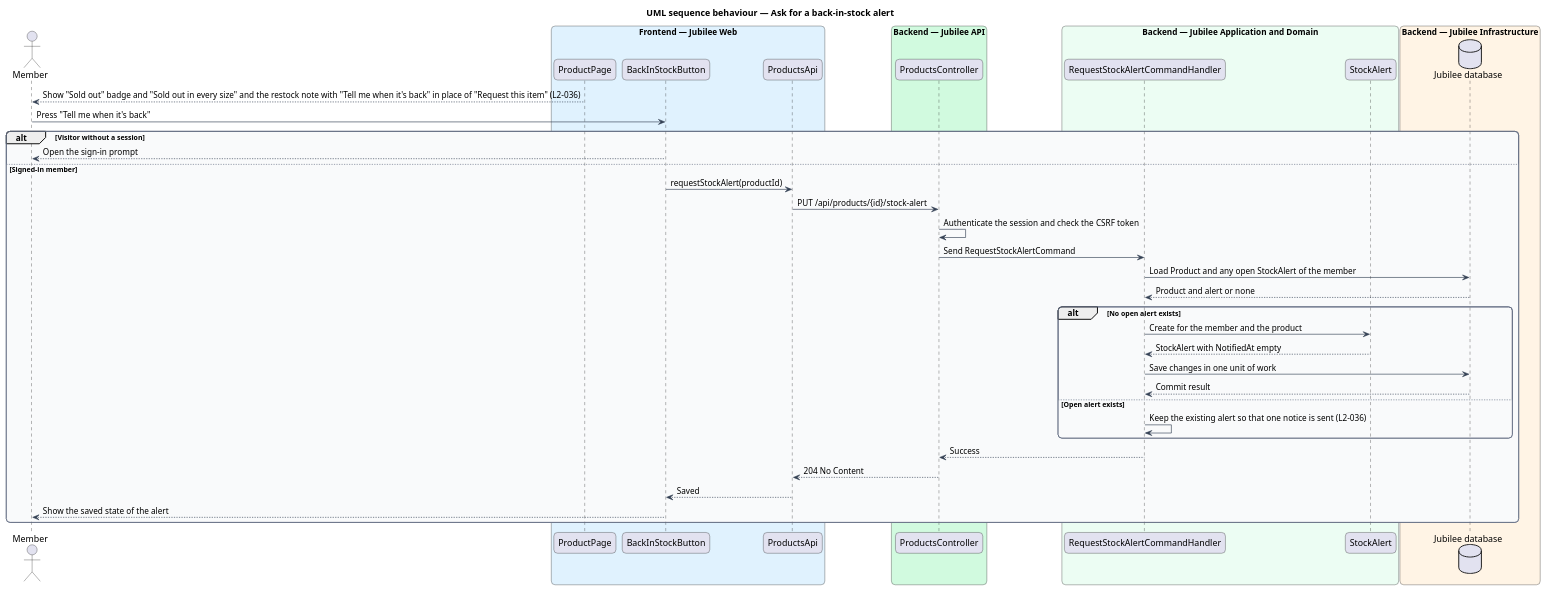
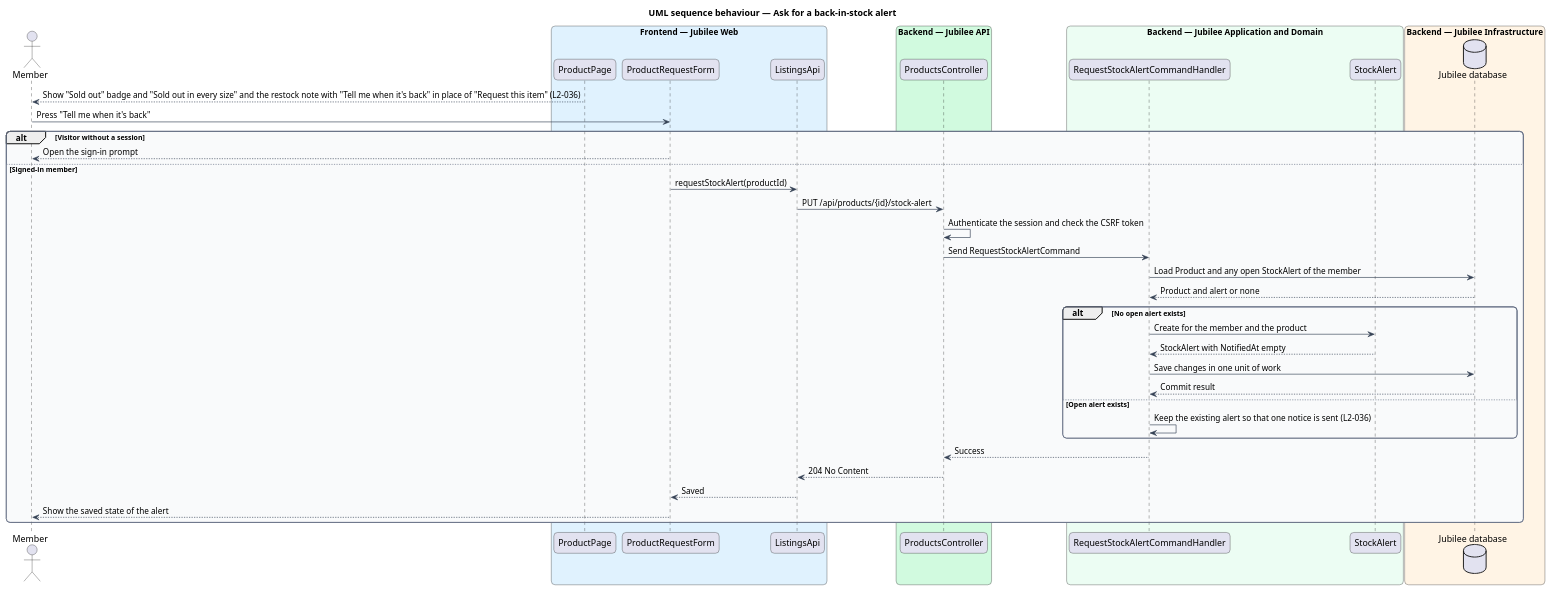
The diagram in docs/detailed-designs/listings/view-product/diagrams/sequence-request-stock-alert.puml (QuinntyneBrown/jubilee), drawn with PlantUML before and after one commit. The commit also changed 28 other files, not shown here.

First line of the commit message:
Specify the rest of journey 2: sold-out cards, the preview status, back-in-stock notices

```diff
--- a/docs/detailed-designs/listings/view-product/diagrams/sequence-request-stock-alert.puml
+++ b/docs/detailed-designs/listings/view-product/diagrams/sequence-request-stock-alert.puml
@@ -1,57 +1,57 @@
 @startuml
 title UML sequence behaviour — Ask for a back-in-stock alert
 skinparam backgroundColor #FFFFFF
 skinparam shadowing false
 skinparam roundcorner 12
 skinparam defaultFontName Arial
 skinparam ArrowColor #344054
 skinparam rectangle {
   BorderColor #344054
   FontColor #101828
 }
 skinparam package {
   BorderColor #667085
   FontColor #101828
   BackgroundColor #F9FAFB
 }
 actor "Member" as actor
 box "Frontend — Jubilee Web" #E0F2FE
   participant "ProductPage" as page
-  participant "BackInStockButton" as button
-  participant "ProductsApi" as client
+  participant "ProductRequestForm" as button
+  participant "ListingsApi" as client
 end box
 box "Backend — Jubilee API" #D1FADF
   participant "ProductsController" as controller
 end box
 box "Backend — Jubilee Application and Domain" #ECFDF3
   participant "RequestStockAlertCommandHandler" as handler
   participant "StockAlert" as entity
 end box
 box "Backend — Jubilee Infrastructure" #FFF4E5
   database "Jubilee database" as db
 end box
 page --> actor : Show "Sold out" badge and "Sold out in every size" and the restock note with "Tell me when it's back" in place of "Request this item" (L2-036)
 actor -> button : Press "Tell me when it's back"
 alt Visitor without a session
   button --> actor : Open the sign-in prompt
 else Signed-in member
   button -> client : requestStockAlert(productId)
   client -> controller : PUT /api/products/{id}/stock-alert
   controller -> controller : Authenticate the session and check the CSRF token
   controller -> handler : Send RequestStockAlertCommand
   handler -> db : Load Product and any open StockAlert of the member
   db --> handler : Product and alert or none
   alt No open alert exists
     handler -> entity : Create for the member and the product
     entity --> handler : StockAlert with NotifiedAt empty
     handler -> db : Save changes in one unit of work
     db --> handler : Commit result
   else Open alert exists
     handler -> handler : Keep the existing alert so that one notice is sent (L2-036)
   end
   handler --> controller : Success
   controller --> client : 204 No Content
   client --> button : Saved
   button --> actor : Show the saved state of the alert
 end
 @enduml
```
